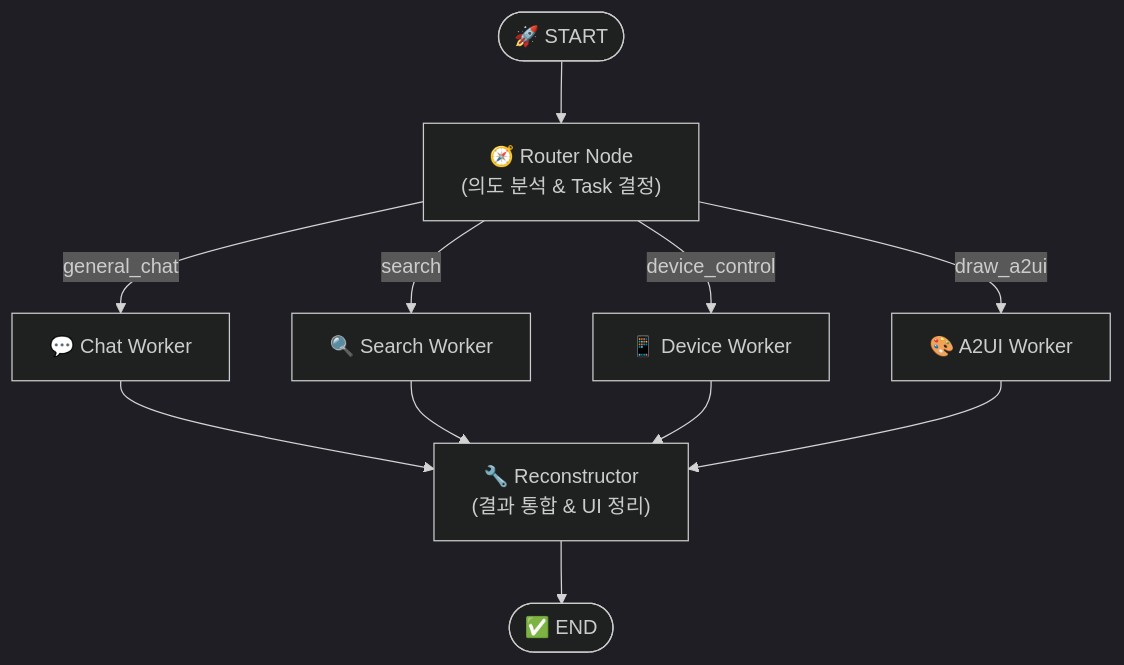
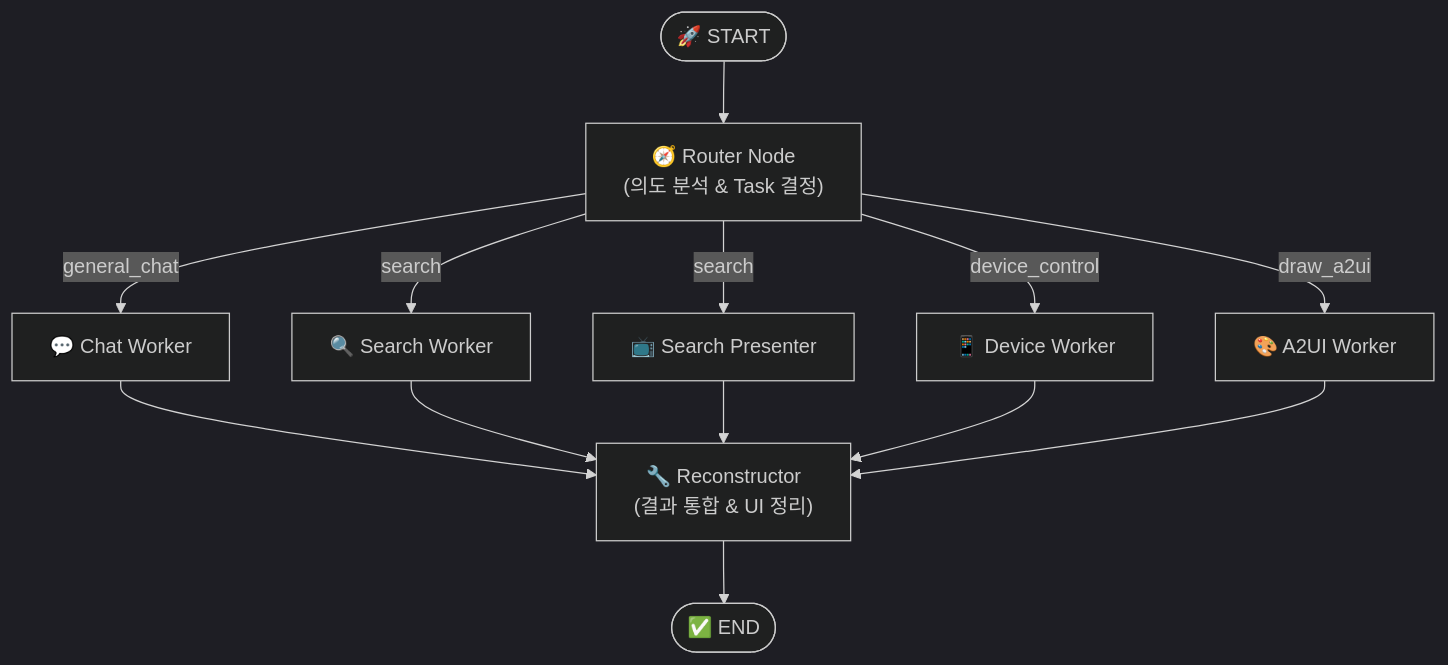
Before and after one commit to shyunMin/tizen-home-agent: the first of 3 diagrams in README.md, drawn with Mermaid (dark theme). The commit also changed other lines of this file and 4 other files, not shown here.

Commit message:
Add Search Presenter Agent

````diff
--- a/README.md
+++ b/README.md
@@ -18,16 +18,18 @@
 ```mermaid
 graph TD
     START([🚀 START]) --> router_node["🧭 Router Node\n(의도 분석 & Task 결정)"]
     
     router_node -->|general_chat| chat_worker["💬 Chat Worker"]
     router_node -->|search| search_worker["🔍 Search Worker"]
+    router_node -->|search| search_presenter["📺 Search Presenter"]
     router_node -->|device_control| device_worker["📱 Device Worker"]
     router_node -->|draw_a2ui| a2ui_worker["🎨 A2UI Worker"]
     
     chat_worker --> reconstructor["🔧 Reconstructor\n(결과 통합 & UI 정리)"]
     search_worker --> reconstructor
+    search_presenter --> reconstructor
     device_worker --> reconstructor
     a2ui_worker --> reconstructor
     
     reconstructor --> END([✅ END])
 ```
````
